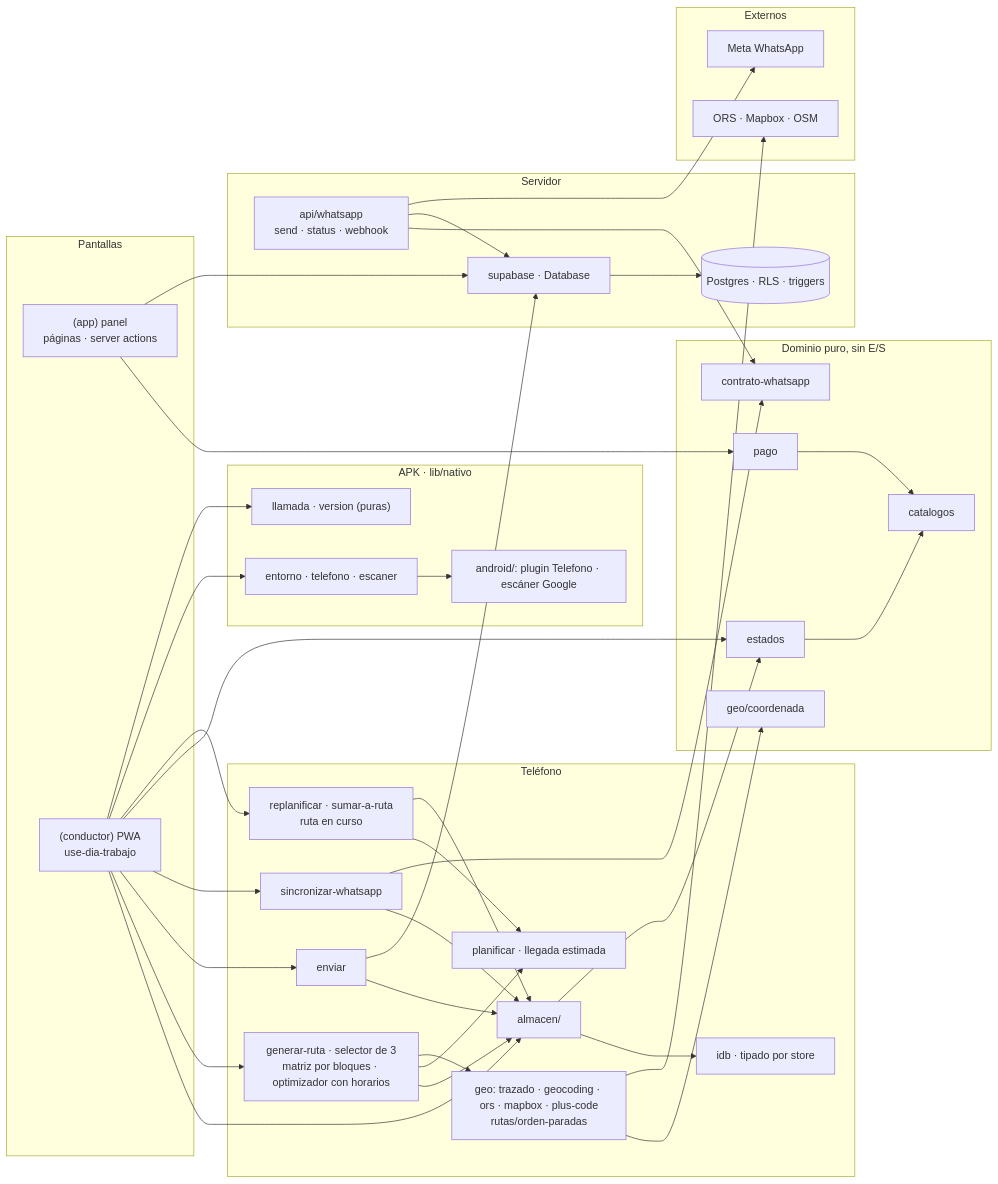
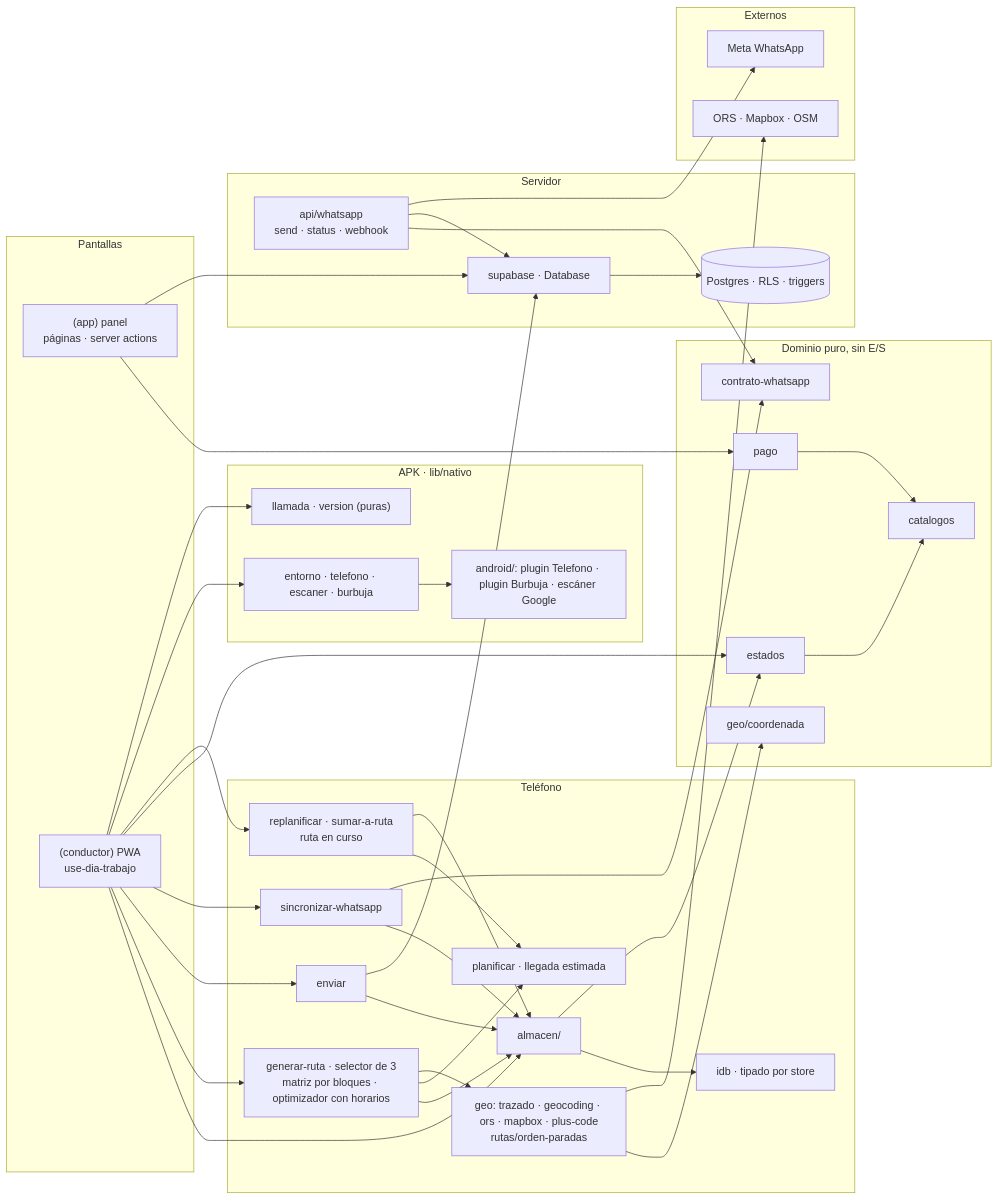
The third of 3 diagrams in docs/CLASES.md (etianypr/ProyectoAres), drawn with Mermaid before and after one commit. The commit also changed other lines of this file and 54 other files, not shown here.

````diff
--- a/docs/CLASES.md
+++ b/docs/CLASES.md
@@ -241,68 +242,68 @@
 ```mermaid
 flowchart LR
   subgraph UI["Pantallas"]
     panel["(app) panel<br/>páginas · server actions"]
     conductor["(conductor) PWA<br/>use-dia-trabajo"]
   end
   subgraph Dominio["Dominio puro, sin E/S"]
     catalogos["catalogos"]
     estados["estados"]
     pago["pago"]
     contrato["contrato-whatsapp"]
     coord["geo/coordenada"]
   end
   subgraph Telefono["Teléfono"]
     almacen["almacen/"]
     idb["idb · tipado por store"]
     generar["generar-ruta · selector de 3<br/>matriz por bloques · optimizador con horarios"]
     planificar["planificar · llegada estimada"]
     replan["replanificar · sumar-a-ruta<br/>ruta en curso"]
     enviar["enviar"]
     wsl["sincronizar-whatsapp"]
     rutas["geo: trazado · geocoding · ors · mapbox · plus-code<br/>rutas/orden-paradas"]
   end
   subgraph Nativo["APK · lib/nativo"]
-    nat["entorno · telefono · escaner"]
+    nat["entorno · telefono · escaner · burbuja"]
     llamada["llamada · version (puras)"]
-    plugin["android/: plugin Telefono · escáner Google"]
+    plugin["android/: plugin Telefono · plugin Burbuja · escáner Google"]
   end
   subgraph Servidor["Servidor"]
     api["api/whatsapp<br/>send · status · webhook"]
     supa["supabase · Database"]
     pg[("Postgres · RLS · triggers")]
   end
   subgraph Externos["Externos"]
     mapbox["ORS · Mapbox · OSM"]
     meta["Meta WhatsApp"]
   end
   panel --> pago
   panel --> supa
   conductor --> almacen
   conductor --> generar
   conductor --> enviar
   conductor --> wsl
   conductor --> estados
   almacen --> idb
   almacen --> estados
   generar --> almacen
   generar --> planificar
   generar --> rutas
   conductor --> replan
   conductor --> nat
   conductor --> llamada
   nat --> plugin
   replan --> planificar
   replan --> almacen
   rutas --> coord
   rutas --> mapbox
   enviar --> almacen
   enviar --> supa
   wsl --> almacen
   wsl --> contrato
   api --> contrato
   api --> supa
   api --> meta
   supa --> pg
   estados --> catalogos
   pago --> catalogos
 ```
````
